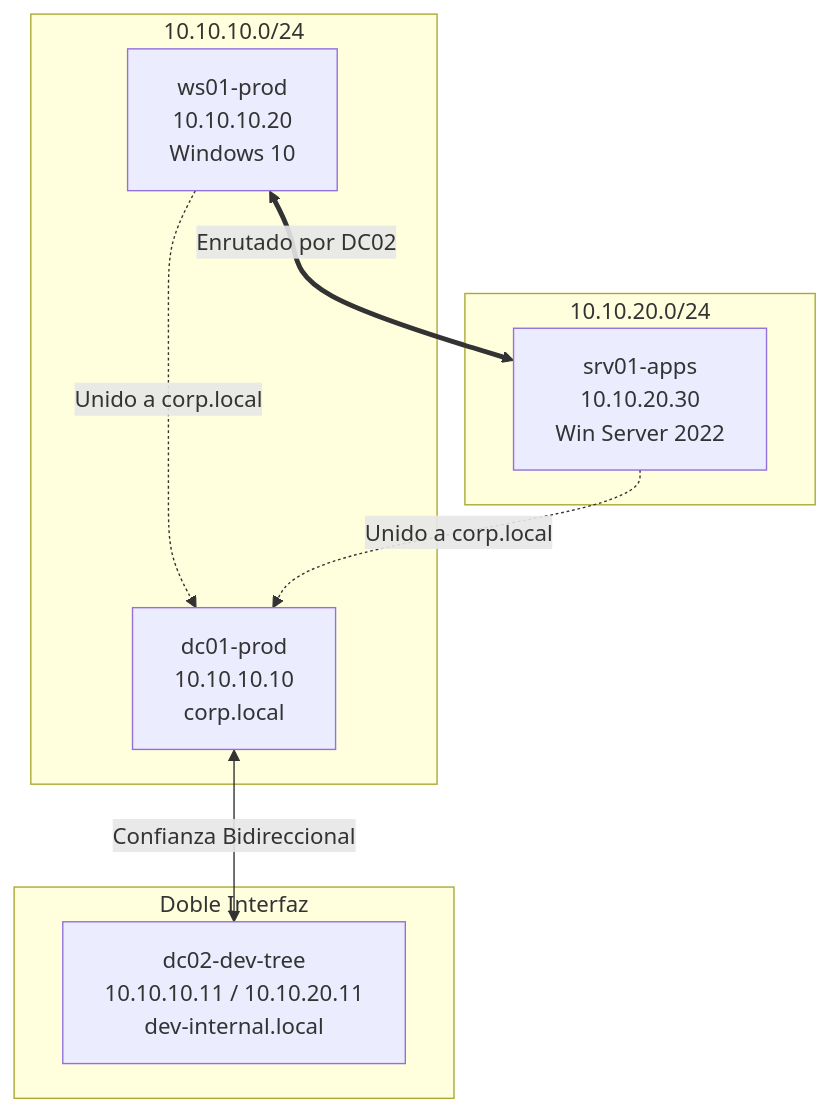
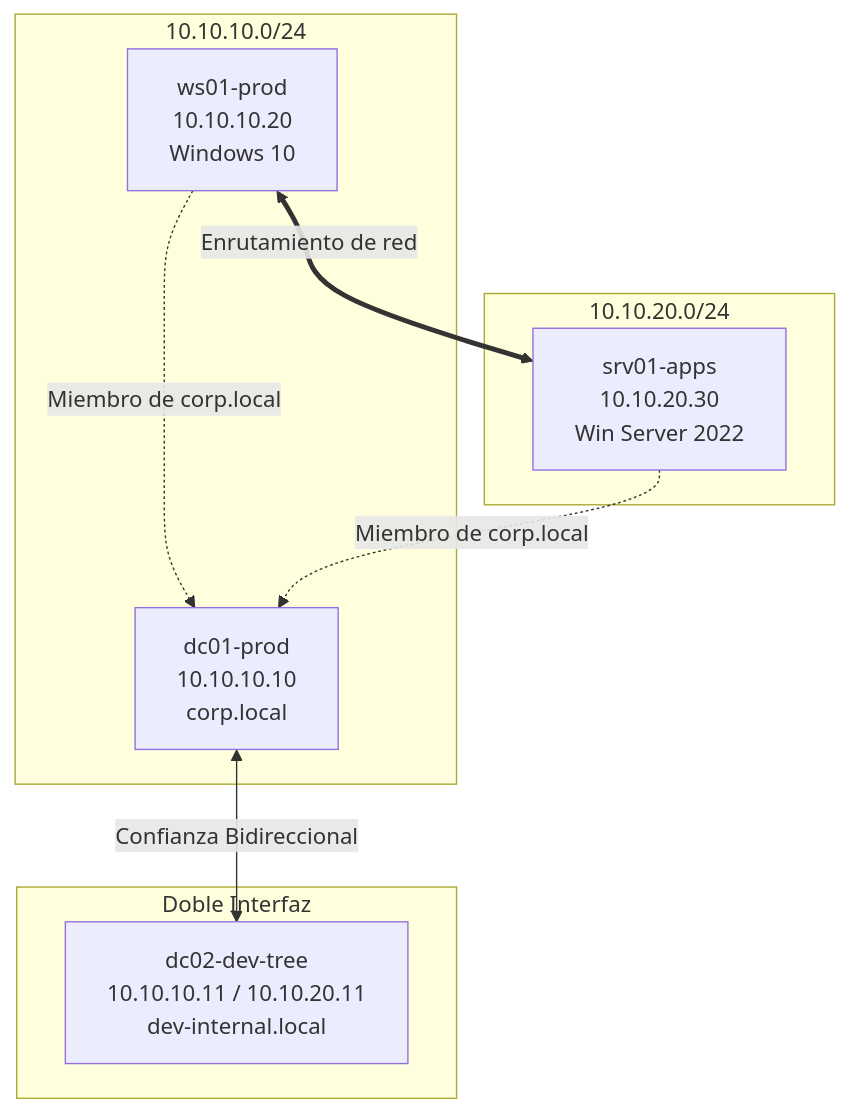
One commit to uv3doble/uv3dobleAD-1 changed the diagram in README.md. Above: the diagram before and after it, drawn with Mermaid. The commit also changed other lines of this file and 1 other file, not shown here.

Commit message:
Update README.md formatting and add architecture diagram asset

````diff
--- a/README.md
+++ b/README.md
@@ -13,23 +13,20 @@
 ```mermaid
 graph TD
-    subgraph Red de Producción: net_corp_prod [10.10.10.0/24]
+    subgraph Red de Produccion: net_corp_prod [10.10.10.0/24]
         DC01[dc01-prod <br> 10.10.10.10 <br> corp.local]
         WS01[ws01-prod <br> 10.10.10.20 <br> Windows 10]
     end
 
     subgraph Enrutamiento [Doble Interfaz]
         DC02[dc02-dev-tree <br> 10.10.10.11 / 10.10.20.11 <br> dev-internal.local]
     end
 
     subgraph Red de Desarrollo: net_dev_zone [10.10.20.0/24]
         SRV01[srv01-apps <br> 10.10.20.30 <br> Win Server 2022]
     end
 
-    %% Relaciones
     DC01 <-->|Confianza Bidireccional| DC02
-    WS01 -.->|Unido a corp.local| DC01
-    SRV01 -.->|Unido a corp.local| DC01
-    
-    %% Tránsito de red
-    WS01 <== Enrutado por DC02 ==> SRV01
+    WS01 -.->|Miembro de corp.local| DC01
+    SRV01 -.->|Miembro de corp.local| DC01
+    WS01 <== Enrutamiento de red ==> SRV01
 ```
````
